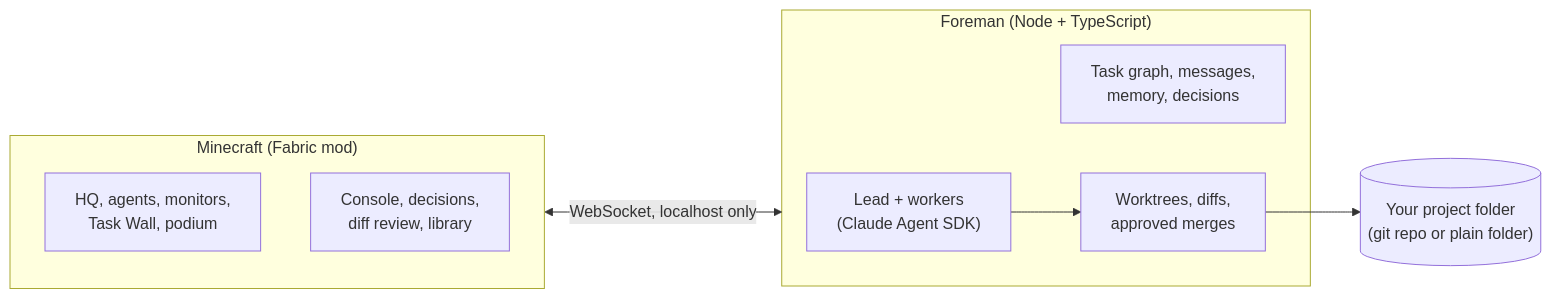
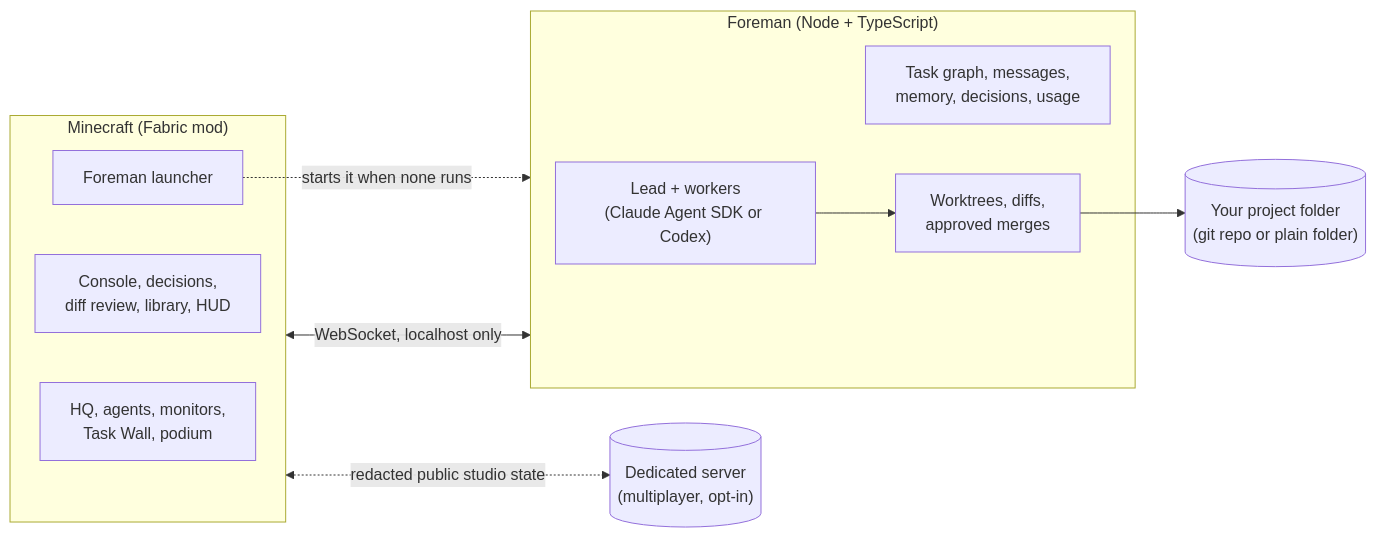
The diagram in README.md (tarekchaalan/agentcraft), drawn with Mermaid before and after one commit. The commit also changed other lines of this file, not shown here.

````diff
--- a/README.md
+++ b/README.md
@@ -305,15 +362,19 @@
 ```mermaid
 flowchart LR
     subgraph game ["Minecraft (Fabric mod)"]
         HQ["HQ, agents, monitors,<br/>Task Wall, podium"]
-        UI["Console, decisions,<br/>diff review, library"]
+        UI["Console, decisions,<br/>diff review, library, HUD"]
+        Launcher["Foreman launcher"]
     end
     subgraph foreman ["Foreman (Node + TypeScript)"]
-        Team["Lead + workers<br/>(Claude Agent SDK)"]
-        State["Task graph, messages,<br/>memory, decisions"]
+        Team["Lead + workers<br/>(Claude Agent SDK or Codex)"]
+        State["Task graph, messages,<br/>memory, decisions, usage"]
         Git["Worktrees, diffs,<br/>approved merges"]
     end
     Repo[("Your project folder<br/>(git repo or plain folder)")]
+    Server[("Dedicated server<br/>(multiplayer, opt-in)")]
     game <-->|"WebSocket, localhost only"| foreman
+    Launcher -.->|"starts it when none runs"| foreman
     Team --> Git --> Repo
+    game <-.->|"redacted public studio state"| Server
 ```
````
